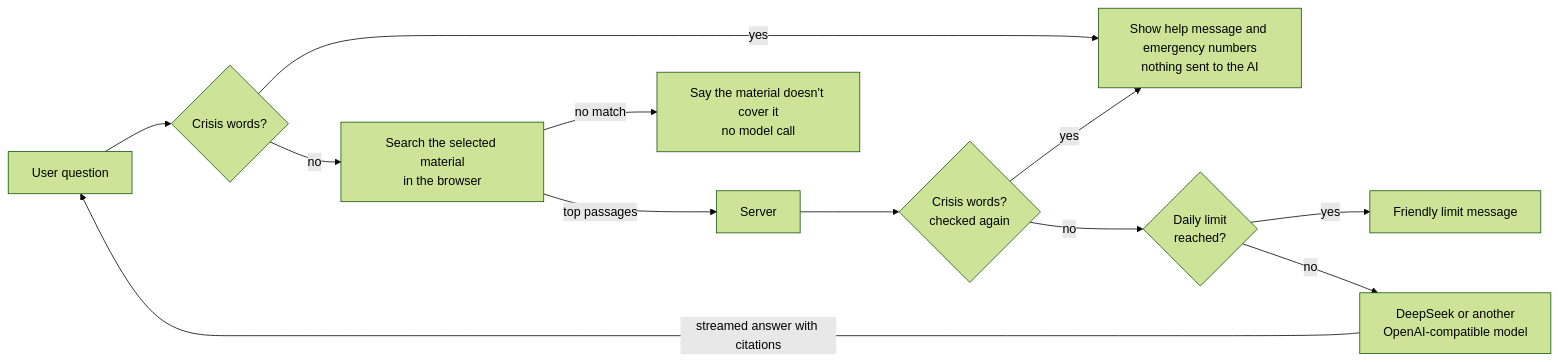
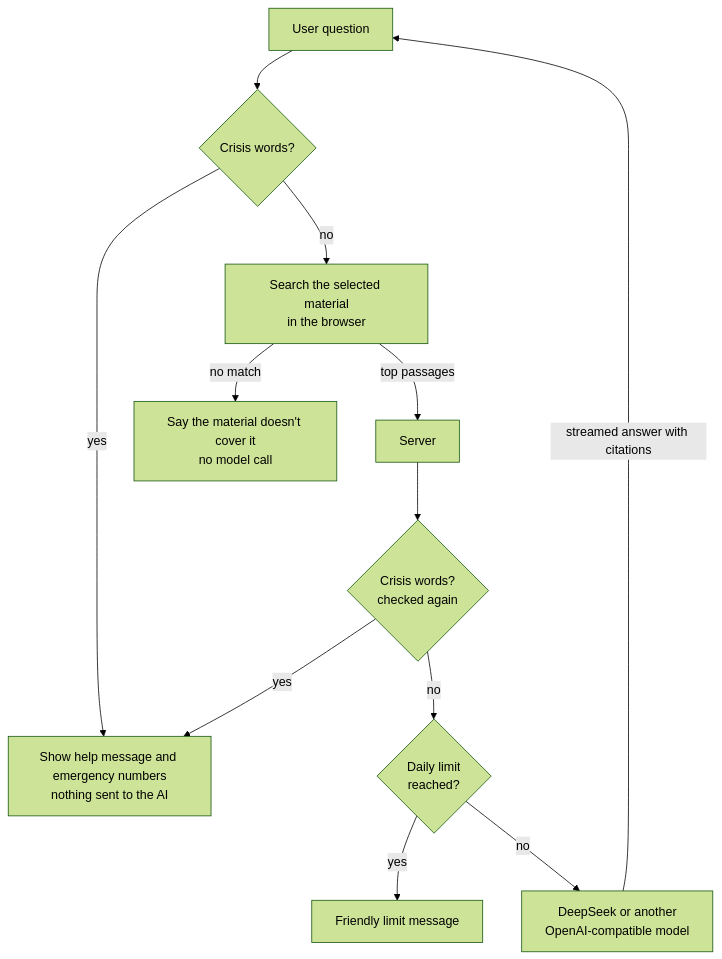
The diagram in README.md (WHYNOT-LUO/unspoken-demo), drawn with Mermaid (forest theme) before and after one commit.

Commit message:
README: draw the request flow top to bottom so it is readable

````diff
--- a/README.md
+++ b/README.md
@@ -73,14 +73,14 @@
 ```mermaid
-flowchart LR
+flowchart TD
   U[User question] --> C{Crisis words?}
   C -- yes --> H[Show help message and emergency numbers<br/>nothing sent to the AI]
   C -- no --> R[Search the selected material<br/>in the browser]
   R -- no match --> N[Say the material doesn't cover it<br/>no model call]
   R -- top passages --> S[Server]
   S --> C2{Crisis words?<br/>checked again}
   C2 -- yes --> H
   C2 -- no --> L{Daily limit<br/>reached?}
   L -- yes --> E[Friendly limit message]
   L -- no --> M[DeepSeek or another<br/>OpenAI-compatible model]
   M -- streamed answer with citations --> U
 ```
````
